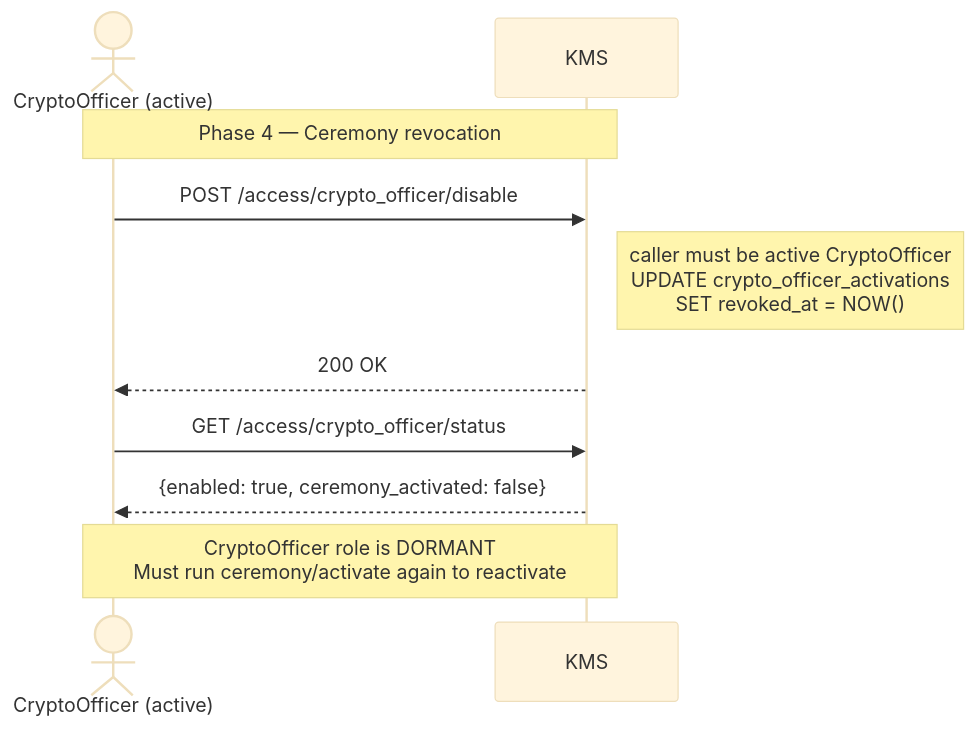
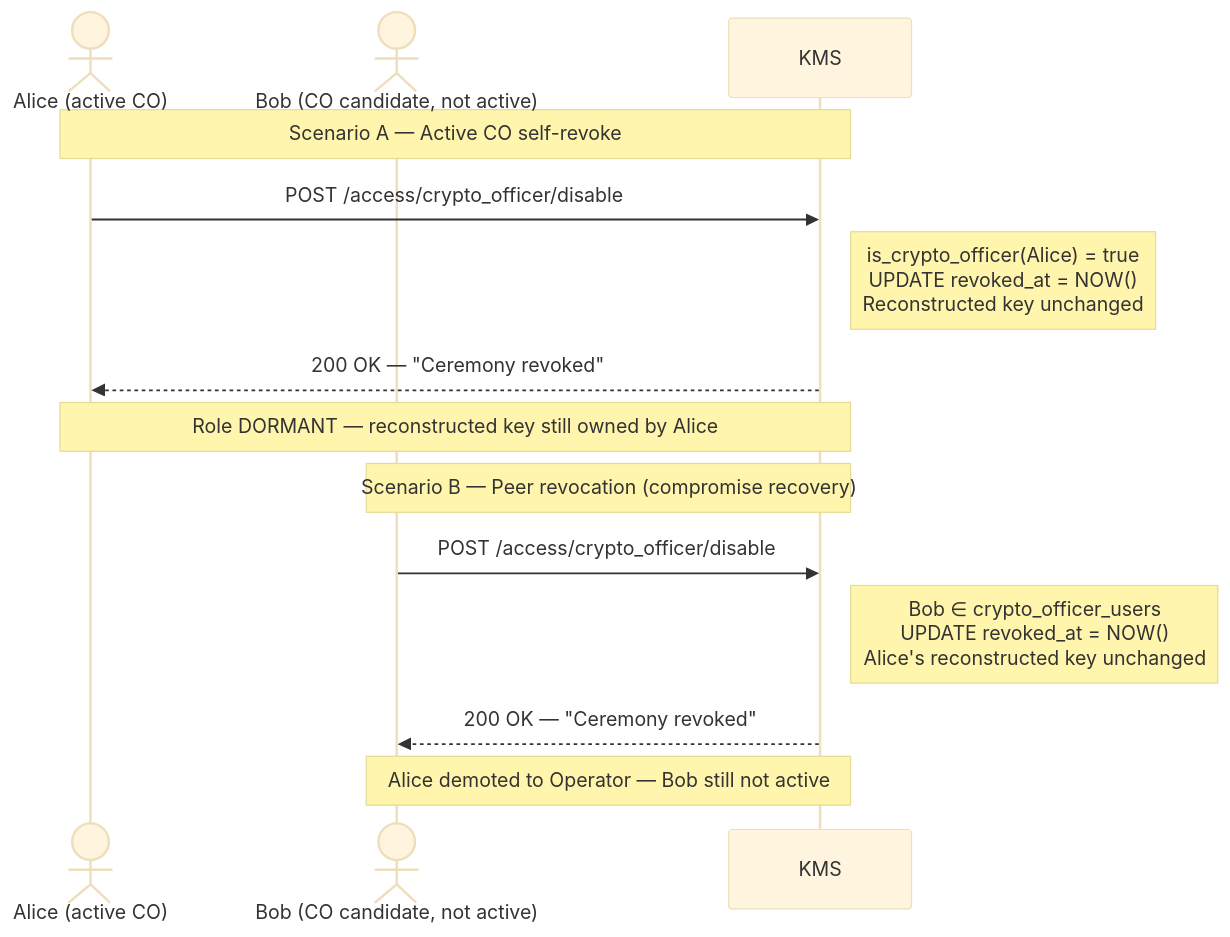
Before and after one commit to Cosmian/kms: the fifth of 6 diagrams in documentation/docs/configuration/authorization/key_ceremony.md, drawn with Mermaid (base theme). The commit also changed other lines of this file and 48 other files, not shown here.

First line of the commit message:
feat(ui): brand theme + configurable split key ID + peer CO revocation UI

````diff
--- a/documentation/docs/configuration/authorization/key_ceremony.md
+++ b/documentation/docs/configuration/authorization/key_ceremony.md
@@ -274,16 +262,22 @@
 ```mermaid
 sequenceDiagram
-    actor CO as CryptoOfficer (active)
+    actor Alice as Alice (active CO)
+    actor Bob as Bob (CO candidate, not active)
     participant KMS
 
-    Note over CO,KMS: Phase 4 — Ceremony revocation
+    Note over Alice,KMS: Scenario A — Active CO self-revoke
 
-    CO->>KMS: POST /access/crypto_officer/disable
-    Note right of KMS: caller must be active CryptoOfficer<br/>UPDATE crypto_officer_activations<br/>SET revoked_at = NOW()
-    KMS-->>CO: 200 OK
+    Alice->>KMS: POST /access/crypto_officer/disable
+    Note right of KMS: is_crypto_officer(Alice) = true<br/>UPDATE revoked_at = NOW()<br/>Reconstructed key unchanged
+    KMS-->>Alice: 200 OK — "Ceremony revoked"
 
-    CO->>KMS: GET /access/crypto_officer/status
-    KMS-->>CO: {enabled: true, ceremony_activated: false}
+    Note over Alice,KMS: Role DORMANT — reconstructed key still owned by Alice
 
-    Note over CO,KMS: CryptoOfficer role is DORMANT<br/>Must run ceremony/activate again to reactivate
+    Note over Bob,KMS: Scenario B — Peer revocation (compromise recovery)
+
+    Bob->>KMS: POST /access/crypto_officer/disable
+    Note right of KMS: Bob ∈ crypto_officer_users<br/>UPDATE revoked_at = NOW()<br/>Alice's reconstructed key unchanged
+    KMS-->>Bob: 200 OK — "Ceremony revoked"
+
+    Note over Bob,KMS: Alice demoted to Operator — Bob still not active
 ```
````
